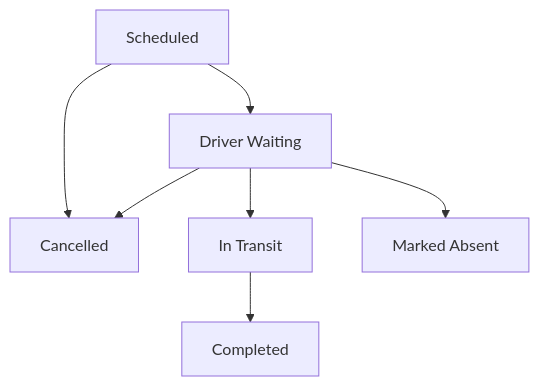
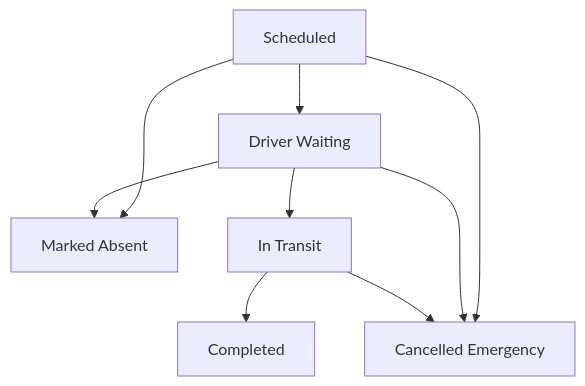
One commit to wisam79/sair changed the first of 2 diagrams in docs/v2/STATE_MACHINE.md. Above: the diagram before and after it, drawn with Mermaid. The commit also changed other lines of this file and 266 other files, not shown here.

````diff
--- a/docs/v2/STATE_MACHINE.md
+++ b/docs/v2/STATE_MACHINE.md
@@ -9,9 +9,11 @@
 ```mermaid
 graph TD;
     Scheduled[Scheduled] --> Waiting[Driver Waiting];
     Scheduled --> Cancelled[Cancelled];
+    Scheduled --> Absent[Marked Absent];
     Waiting --> InTransit[In Transit];
     Waiting --> Absent[Marked Absent];
     Waiting --> Cancelled[Cancelled];
     InTransit --> Completed[Completed];
+    InTransit --> Cancelled[Cancelled Emergency];
 ```
````
